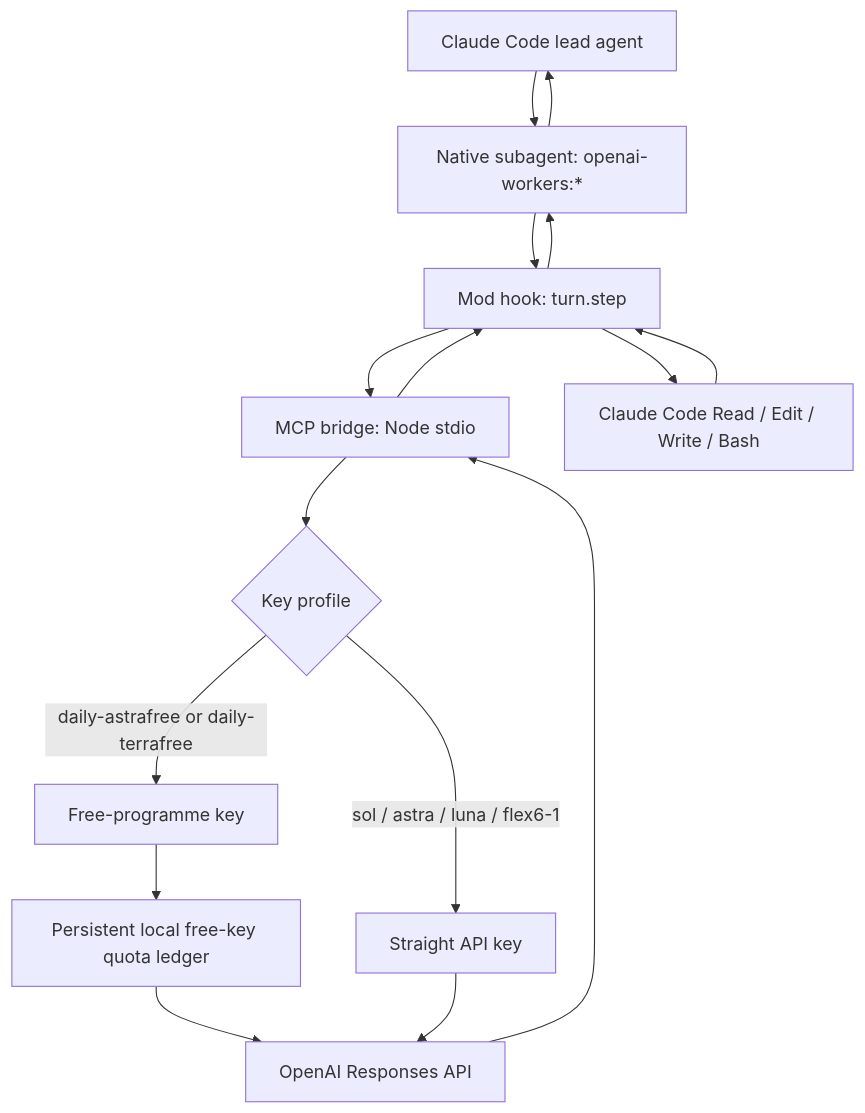
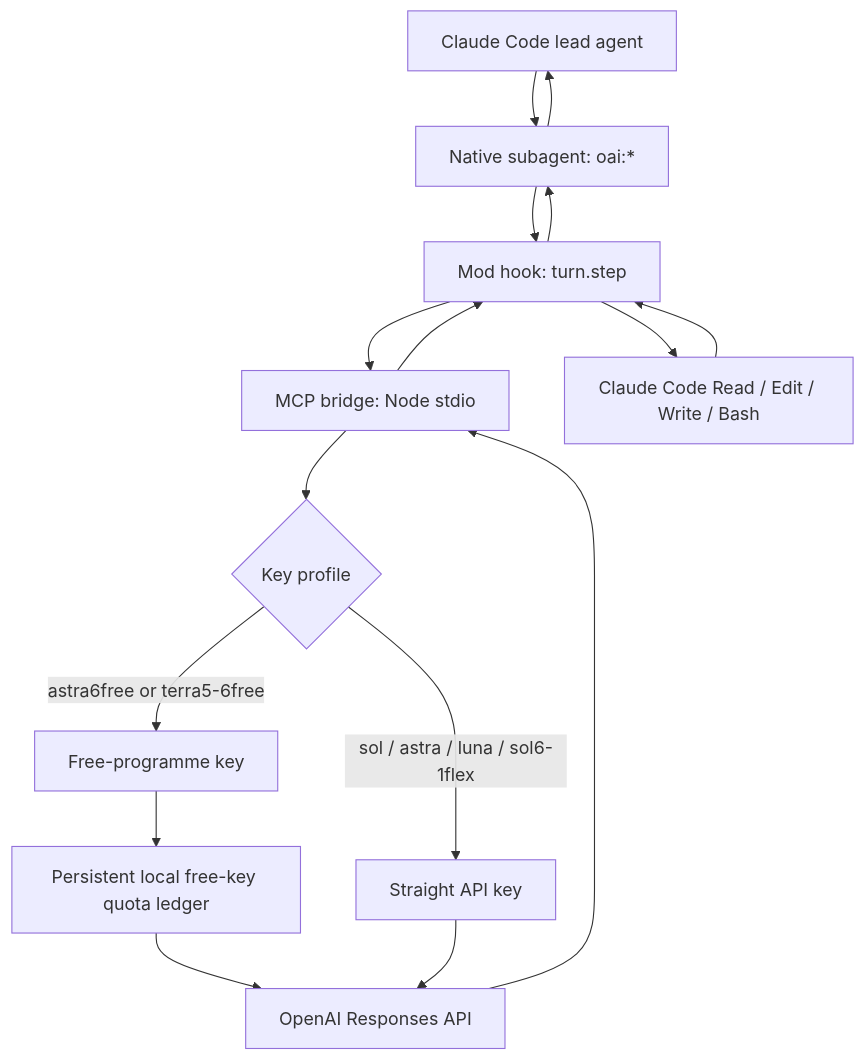
Before and after one commit to techrote/Chlaude-GPTopus: the diagram in docs/ARCHITECTURE.md, drawn with Mermaid. The commit also changed other lines of this file and 73 other files, not shown here.

````diff
--- a/docs/ARCHITECTURE.md
+++ b/docs/ARCHITECTURE.md
@@ -7,18 +7,18 @@
 ```mermaid
 flowchart TD
-    C[Claude Code lead agent] --> A[Native subagent: openai-workers:*]
+    C[Claude Code lead agent] --> A[Native subagent: oai:*]
     A --> M[Mod hook: turn.step]
     M --> B[MCP bridge: Node stdio]
     B --> K{Key profile}
-    K -->|daily-astrafree or daily-terrafree| F[Free-programme key]
-    K -->|sol / astra / luna / flex6-1| S[Straight API key]
+    K -->|astra6free or terra5-6free| F[Free-programme key]
+    K -->|sol / astra / luna / sol6-1flex| S[Straight API key]
     F --> L[Persistent local free-key quota ledger]
     L --> R[OpenAI Responses API]
     S --> R
     R --> B
     B --> M
     M --> T[Claude Code Read / Edit / Write / Bash]
     T --> M
     M --> A
     A --> C
 ```
````
